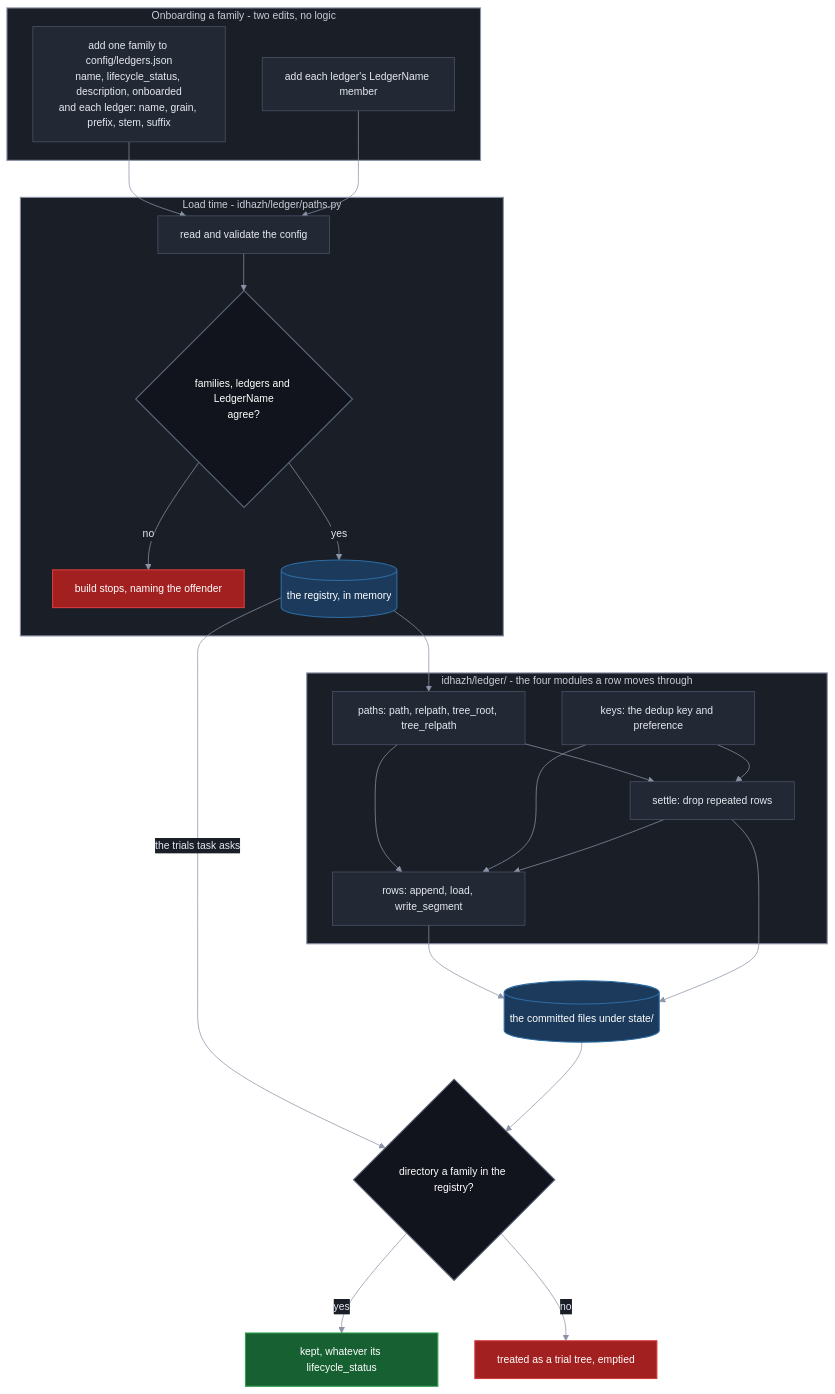
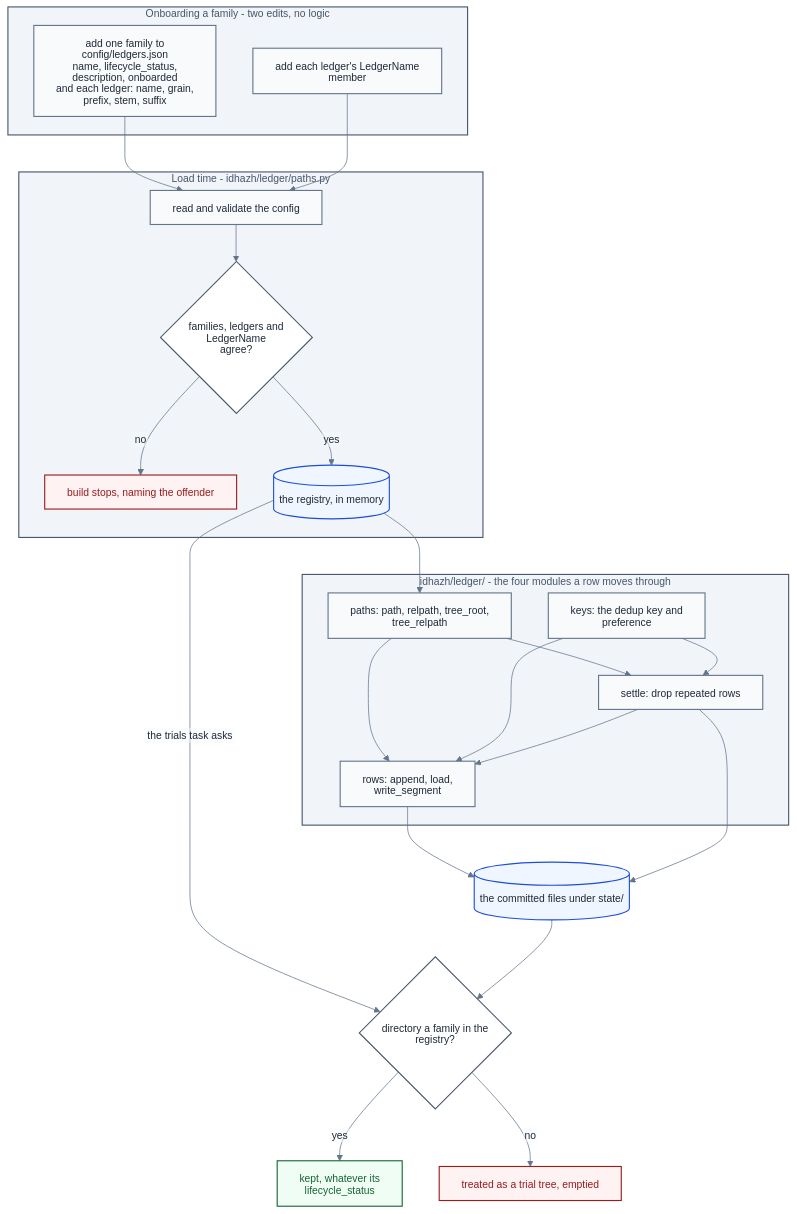
One commit to miztiik/yen-idhazh changed the diagram in docs/architecture/contracts/ledger-registry.md. Above: the diagram before and after it, drawn with Mermaid. The commit also changed other lines of this file and 6 other files, not shown here.

First line of the commit message:
docs: make Mermaid diagrams readable across themes and print

````diff
--- a/docs/architecture/contracts/ledger-registry.md
+++ b/docs/architecture/contracts/ledger-registry.md
@@ -114,59 +114,59 @@
 ```mermaid
-%%{init: {"theme": "base", "themeVariables": {"background": "#0f1117", "primaryColor": "#222834", "primaryTextColor": "#e6e9f0", "primaryBorderColor": "#4b5468", "lineColor": "#8b93a7", "textColor": "#e6e9f0", "clusterBkg": "#1a1e27", "clusterBorder": "#3a4254", "titleColor": "#e6e9f0", "edgeLabelBackground": "#1a1e27", "fontSize": "14px"}}}%%
+%%{init: {"theme": "base", "htmlLabels": false, "themeVariables": {"background": "#ffffff", "primaryColor": "#f8fafc", "primaryTextColor": "#1f2937", "primaryBorderColor": "#64748b", "lineColor": "#64748b", "textColor": "#1f2937", "clusterBkg": "#f1f5f9", "clusterBorder": "#64748b", "titleColor": "#1f2937", "edgeLabelBackground": "#f8fafc", "fontSize": "14px"}}}%%
 flowchart TB
   subgraph ONBOARD["Onboarding a family - two edits, no logic"]
     ENTRY["add one family to config/ledgers.json<br/>name, lifecycle_status, description, onboarded<br/>and each ledger: name, grain, prefix, stem, suffix"]
     MEMBER["add each ledger's LedgerName member"]
   end
 
   subgraph LOAD["Load time - idhazh/ledger/paths.py"]
     READ["read and validate the config"]
     BIJ{"families, ledgers and LedgerName<br/>agree?"}
     REFUSE["build stops, naming the offender"]
     REG[("the registry, in memory")]
   end
 
   subgraph DOOR["idhazh/ledger/ - the four modules a row moves through"]
     PATHS["paths: path, relpath, tree_root, tree_relpath"]
     KEYS["keys: the dedup key and preference"]
     ROWS["rows: append, load, write_segment"]
     SETTLE["settle: drop repeated rows"]
   end
 
   TREE[("the committed files under state/")]
   PRUNE{"directory a family in the registry?"}
   KEEP["kept, whatever its lifecycle_status"]
   EMPTY["treated as a trial tree, emptied"]
 
   ENTRY --> READ
   MEMBER --> READ
   READ --> BIJ
   BIJ -->|"no"| REFUSE
   BIJ -->|"yes"| REG
   REG --> PATHS
   PATHS --> ROWS
   PATHS --> SETTLE
   KEYS --> ROWS
   KEYS --> SETTLE
   SETTLE --> ROWS
   ROWS --> TREE
   SETTLE --> TREE
   REG -->|"the trials task asks"| PRUNE
   PRUNE -->|"yes"| KEEP
   PRUNE -->|"no"| EMPTY
   TREE --> PRUNE
 
-  classDef stage fill:#222834,stroke:#4b5468,stroke-width:1px,color:#e6e9f0;
-  classDef decision fill:#11141c,stroke:#5b6477,stroke-width:1.5px,color:#ffffff;
-  classDef yes fill:#176032,stroke:#2ea04f,stroke-width:1.5px,color:#ffffff;
-  classDef no fill:#a32020,stroke:#d23b3b,stroke-width:1.5px,color:#ffffff;
-  classDef ledger fill:#1b3a5c,stroke:#2d6ca3,stroke-width:1.5px,color:#ffffff;
-  classDef sysOps fill:#1a1e27,stroke:#8b93a7,stroke-width:1.5px,color:#c8cdd8;
+  classDef stage fill:#f8fafc,stroke:#64748b,stroke-width:1.5px,color:#1f2937;
+  classDef decision fill:#ffffff,stroke:#475569,stroke-width:1.5px,color:#1f2937;
+  classDef yes fill:#f0fdf4,stroke:#166534,stroke-width:1.5px,color:#166534;
+  classDef no fill:#fef2f2,stroke:#991b1b,stroke-width:1.5px,color:#991b1b;
+  classDef ledger fill:#eff6ff,stroke:#1d4ed8,stroke-width:1.5px,color:#1f2937;
+  classDef sysOps fill:#f1f5f9,stroke:#475569,stroke-width:1.5px,color:#475569;
 
   class ENTRY,MEMBER,READ,PATHS,KEYS,ROWS,SETTLE stage;
   class BIJ,PRUNE decision;
   class KEEP yes;
   class REFUSE,EMPTY no;
   class REG,TREE ledger;
   class ONBOARD,LOAD,DOOR sysOps;
 ```
````
